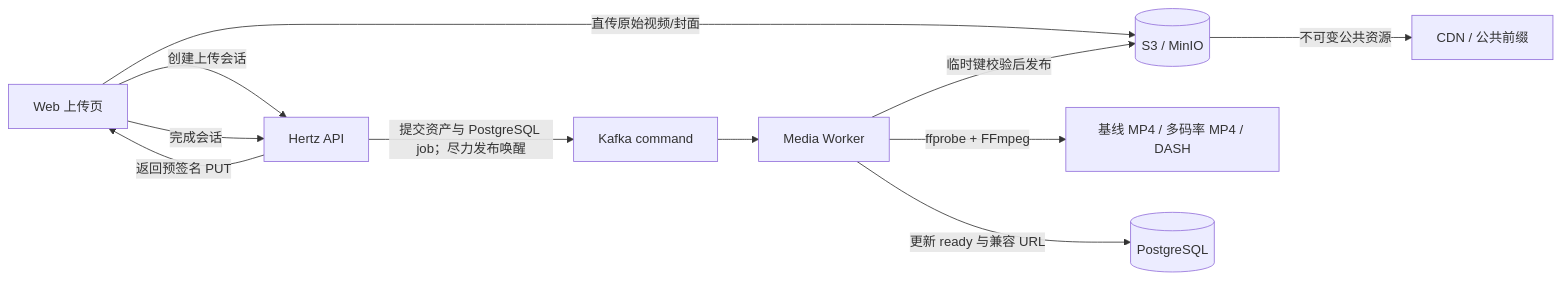
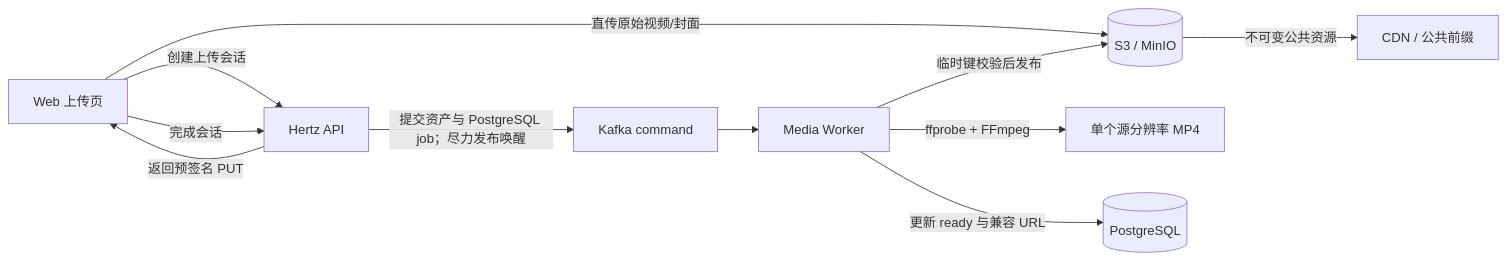
The tenth of 11 diagrams in docs/architecture.md (shiyudesu/frux), drawn with Mermaid before and after one commit. The commit also changed other lines of this file and 26 other files, not shown here.

````diff
--- a/docs/architecture.md
+++ b/docs/architecture.md
@@ -616,13 +616,13 @@
 ```mermaid
 flowchart LR
   Web["Web 上传页"] -->|"创建上传会话"| API["Hertz API"]
   API -->|"返回预签名 PUT"| Web
   Web -->|"直传原始视频/封面"| S3[("S3 / MinIO")]
   Web -->|"完成会话"| API
   API -->|"提交资产与 PostgreSQL job；尽力发布唤醒"| MQ["Kafka command"]
   MQ --> Worker["Media Worker"]
-  Worker -->|"ffprobe + FFmpeg"| Outputs["基线 MP4 / 多码率 MP4 / DASH"]
+  Worker -->|"ffprobe + FFmpeg"| Outputs["单个源分辨率 MP4"]
   Worker -->|"临时键校验后发布"| S3
   Worker -->|"更新 ready 与兼容 URL"| PostgreSQL[("PostgreSQL")]
   S3 -->|"不可变公共资源"| CDN["CDN / 公共前缀"]
 ```
````
